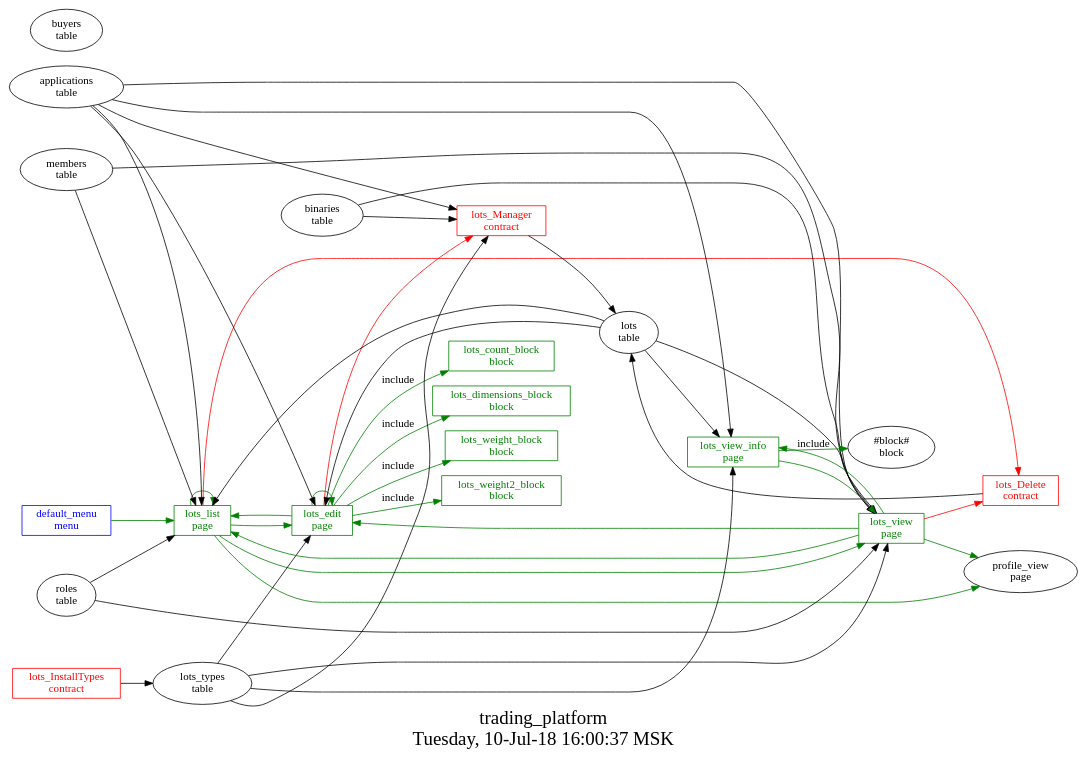
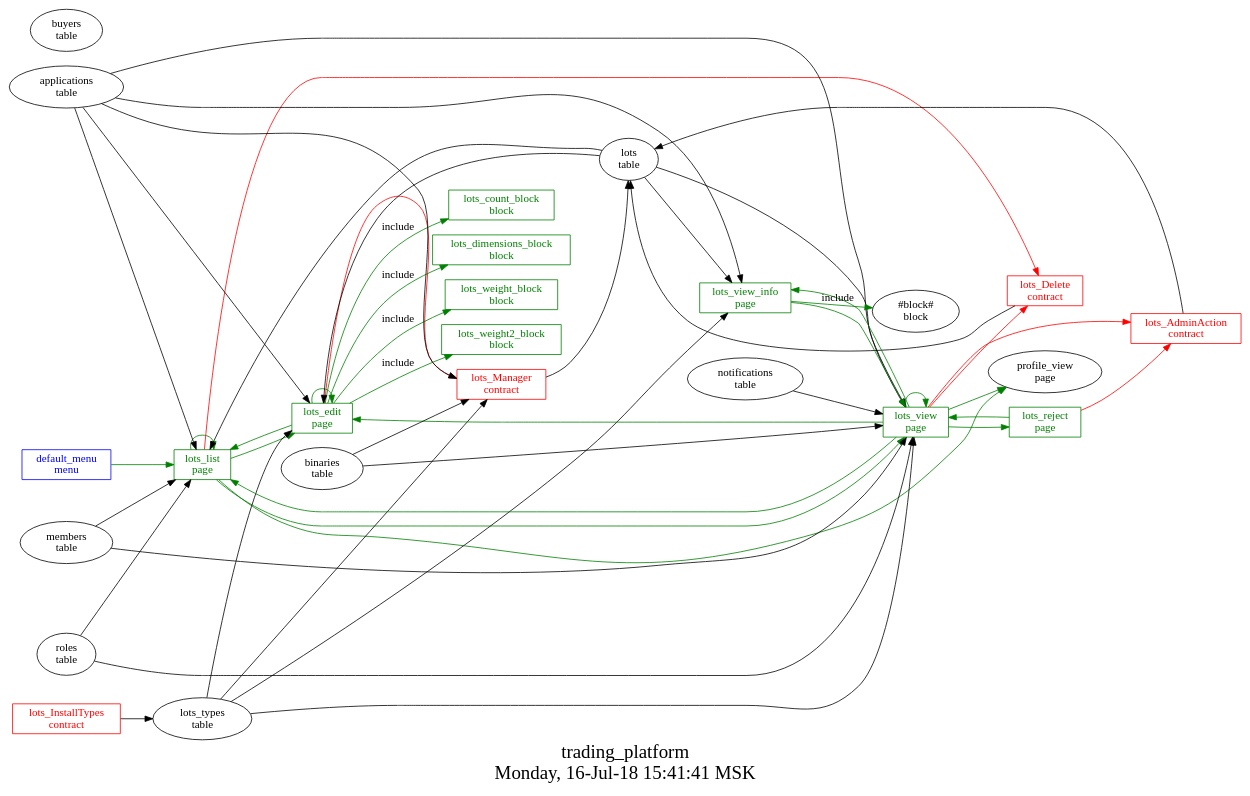
One commit to AplaProject/apps changed the diagram in src/trading_platform/struct.dot. Above: the diagram before and after it, drawn with Graphviz. The commit also changed 13 other files, not shown here.

```diff
--- a/src/trading_platform/struct.dot
+++ b/src/trading_platform/struct.dot
@@ -1,67 +1,76 @@
 digraph G {
 graph [
   fontsize="24";
-  label="trading_platform\nTuesday, 10-Jul-18 16:00:37 MSK";
+  label="trading_platform\nMonday, 16-Jul-18 15:41:41 MSK";
   nojustify=true;
   ordering=out;
   rankdir=LR;
   size="30";
 ];
 "default_menu\nmenu" -> "lots_list\npage"  [ color=green ]
 "default_menu\nmenu" [color=blue, fontcolor=blue, group=menus, shape=record];
 "lots_edit\npage" -> "lots_Manager\ncontract"  [ color=red ]
 "applications\ntable" -> "lots_edit\npage"
 "lots\ntable" -> "lots_edit\npage"
 "lots_types\ntable" -> "lots_edit\npage"
 "lots_edit\npage" -> "lots_list\npage"  [ color=green ]
 "lots_edit\npage" -> "lots_edit\npage"  [ color=green ]
 "lots_edit\npage" -> "lots_count_block\nblock"  [ color=green, label=include ]
 "lots_edit\npage" -> "lots_dimensions_block\nblock"  [ color=green, label=include ]
 "lots_edit\npage" -> "lots_weight_block\nblock"  [ color=green, label=include ]
 "lots_edit\npage" -> "lots_weight2_block\nblock"  [ color=green, label=include ]
 "lots_edit\npage" [color=green, fontcolor=green, group=pages, shape=record];
 "lots_list\npage" -> "lots_Delete\ncontract"  [ color=red ]
 "applications\ntable" -> "lots_list\npage"
 "roles\ntable" -> "lots_list\npage"
 "lots\ntable" -> "lots_list\npage"
 "members\ntable" -> "lots_list\npage"
 "lots_list\npage" -> "lots_edit\npage"  [ color=green ]
 "lots_list\npage" -> "lots_list\npage"  [ color=green ]
 "lots_list\npage" -> "lots_view\npage"  [ color=green ]
 "lots_list\npage" -> "profile_view\npage"  [ color=green ]
 "lots_list\npage" [color=green, fontcolor=green, group=pages, shape=record];
+"lots_reject\npage" -> "lots_AdminAction\ncontract"  [ color=red ]
+"lots_reject\npage" -> "lots_view\npage"  [ color=green ]
+"lots_reject\npage" [color=green, fontcolor=green, group=pages, shape=record];
+"lots_view\npage" -> "lots_AdminAction\ncontract"  [ color=red ]
 "lots_view\npage" -> "lots_Delete\ncontract"  [ color=red ]
+"notifications\ntable" -> "lots_view\npage"
 "applications\ntable" -> "lots_view\npage"
 "lots\ntable" -> "lots_view\npage"
 "lots_types\ntable" -> "lots_view\npage"
 "roles\ntable" -> "lots_view\npage"
 "members\ntable" -> "lots_view\npage"
 "binaries\ntable" -> "lots_view\npage"
 "lots_view\npage" -> "profile_view\npage"  [ color=green ]
+"lots_view\npage" -> "lots_reject\npage"  [ color=green ]
+"lots_view\npage" -> "lots_view\npage"  [ color=green ]
 "lots_view\npage" -> "lots_view_info\npage"  [ color=green ]
 "lots_view\npage" -> "lots_list\npage"  [ color=green ]
 "lots_view\npage" -> "lots_edit\npage"  [ color=green ]
 "lots_view\npage" [color=green, fontcolor=green, group=pages, shape=record];
 "applications\ntable" -> "lots_view_info\npage"
 "lots\ntable" -> "lots_view_info\npage"
 "lots_types\ntable" -> "lots_view_info\npage"
 "lots_view_info\npage" -> "lots_view\npage"  [ color=green ]
 "lots_view_info\npage" -> "#block#\nblock"  [ color=green, label=include ]
 "lots_view_info\npage" [color=green, fontcolor=green, group=pages, shape=record];
 "lots_count_block\nblock" [color=green, fontcolor=green, group=blocks, shape=record];
 "lots_dimensions_block\nblock" [color=green, fontcolor=green, group=blocks, shape=record];
 "lots_weight2_block\nblock" [color=green, fontcolor=green, group=blocks, shape=record];
 "lots_weight_block\nblock" [color=green, fontcolor=green, group=blocks, shape=record];
+"lots_AdminAction\ncontract" -> "lots\ntable"  [ color="" ]
+"lots_AdminAction\ncontract" [color=red, fontcolor=red, group=contracts, shape=record];
 "lots_Delete\ncontract" -> "lots\ntable"  [ color="" ]
 "lots_Delete\ncontract" [color=red, fontcolor=red, group=contracts, shape=record];
 "lots_InstallTypes\ncontract" -> "lots_types\ntable"  [ color="" ]
 "lots_InstallTypes\ncontract" [color=red, fontcolor=red, group=contracts, shape=record];
 "lots_Manager\ncontract" -> "lots\ntable"  [ color="" ]
 "lots_types\ntable" -> "lots_Manager\ncontract"
 "applications\ntable" -> "lots_Manager\ncontract"
 "binaries\ntable" -> "lots_Manager\ncontract"
 "lots_Manager\ncontract" [color=red, fontcolor=red, group=contracts, shape=record];
 "buyers\ntable" [color="", fontcolor="", group=tables, shape=""];
 "lots\ntable" [color="", fontcolor="", group=tables, shape=""];
 "lots_types\ntable" [color="", fontcolor="", group=tables, shape=""];
 }
```
